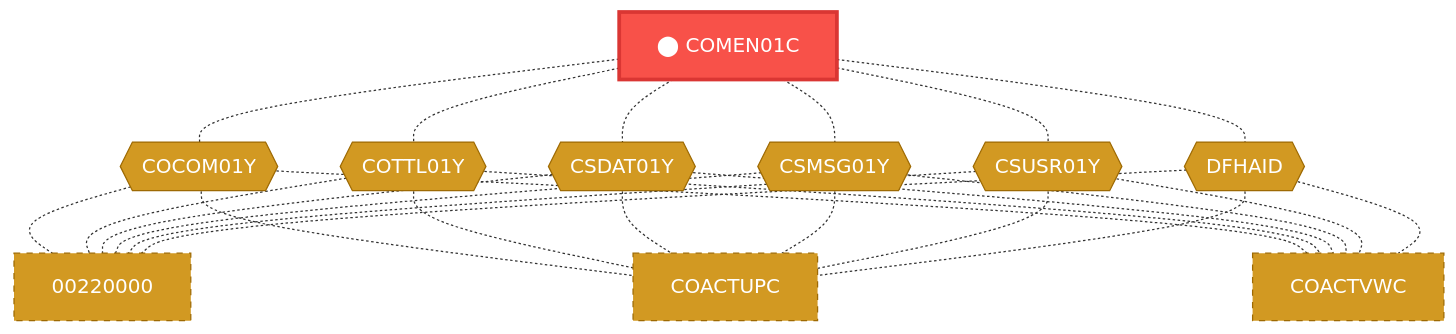
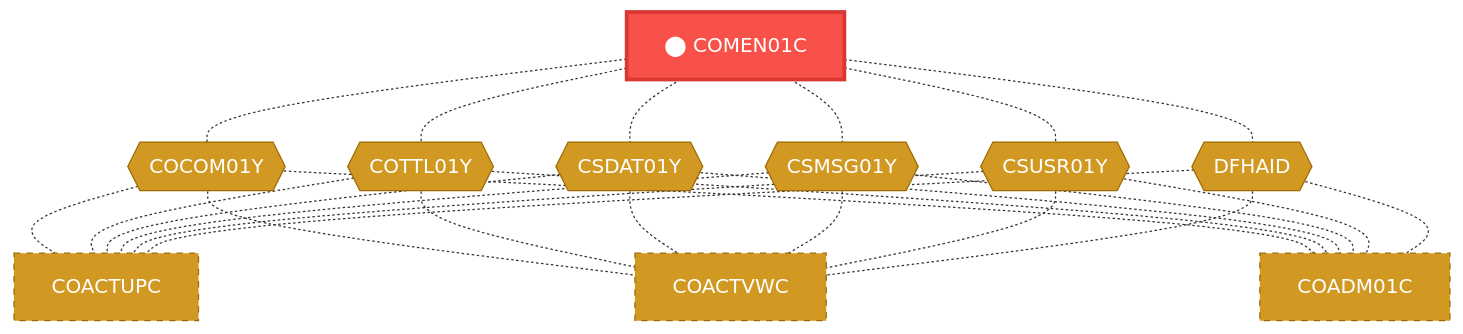
One commit to Arun973150/new_doc changed the first of 2 diagrams in Unisys_doc-main/doc_demo/docs/programs/COMEN01C.md. Above: the diagram before and after it, drawn with Mermaid. The commit also changed other lines of this file and 609 other files, not shown here.

````diff
--- a/Unisys_doc-main/doc_demo/docs/programs/COMEN01C.md
+++ b/Unisys_doc-main/doc_demo/docs/programs/COMEN01C.md
@@ -56,58 +56,58 @@
 ```mermaid
 flowchart TD
     COMEN01C["⬤ COMEN01C"]:::target
     CB_COCOM01Y{{"COCOM01Y"}}:::copybook
     COMEN01C -.- CB_COCOM01Y
-    00220000["00220000"]:::coupled
-    CB_COCOM01Y -.- 00220000
     COACTUPC["COACTUPC"]:::coupled
     CB_COCOM01Y -.- COACTUPC
     COACTVWC["COACTVWC"]:::coupled
     CB_COCOM01Y -.- COACTVWC
+    COADM01C["COADM01C"]:::coupled
+    CB_COCOM01Y -.- COADM01C
     CB_COTTL01Y{{"COTTL01Y"}}:::copybook
     COMEN01C -.- CB_COTTL01Y
-    00220000["00220000"]:::coupled
-    CB_COTTL01Y -.- 00220000
     COACTUPC["COACTUPC"]:::coupled
     CB_COTTL01Y -.- COACTUPC
     COACTVWC["COACTVWC"]:::coupled
     CB_COTTL01Y -.- COACTVWC
+    COADM01C["COADM01C"]:::coupled
+    CB_COTTL01Y -.- COADM01C
     CB_CSDAT01Y{{"CSDAT01Y"}}:::copybook
     COMEN01C -.- CB_CSDAT01Y
-    00220000["00220000"]:::coupled
-    CB_CSDAT01Y -.- 00220000
     COACTUPC["COACTUPC"]:::coupled
     CB_CSDAT01Y -.- COACTUPC
     COACTVWC["COACTVWC"]:::coupled
     CB_CSDAT01Y -.- COACTVWC
+    COADM01C["COADM01C"]:::coupled
+    CB_CSDAT01Y -.- COADM01C
     CB_CSMSG01Y{{"CSMSG01Y"}}:::copybook
     COMEN01C -.- CB_CSMSG01Y
-    00220000["00220000"]:::coupled
-    CB_CSMSG01Y -.- 00220000
     COACTUPC["COACTUPC"]:::coupled
     CB_CSMSG01Y -.- COACTUPC
     COACTVWC["COACTVWC"]:::coupled
     CB_CSMSG01Y -.- COACTVWC
+    COADM01C["COADM01C"]:::coupled
+    CB_CSMSG01Y -.- COADM01C
     CB_CSUSR01Y{{"CSUSR01Y"}}:::copybook
     COMEN01C -.- CB_CSUSR01Y
-    00220000["00220000"]:::coupled
-    CB_CSUSR01Y -.- 00220000
     COACTUPC["COACTUPC"]:::coupled
     CB_CSUSR01Y -.- COACTUPC
     COACTVWC["COACTVWC"]:::coupled
     CB_CSUSR01Y -.- COACTVWC
+    COADM01C["COADM01C"]:::coupled
+    CB_CSUSR01Y -.- COADM01C
     CB_DFHAID{{"DFHAID"}}:::copybook
     COMEN01C -.- CB_DFHAID
-    00220000["00220000"]:::coupled
-    CB_DFHAID -.- 00220000
     COACTUPC["COACTUPC"]:::coupled
     CB_DFHAID -.- COACTUPC
     COACTVWC["COACTVWC"]:::coupled
     CB_DFHAID -.- COACTVWC
+    COADM01C["COADM01C"]:::coupled
+    CB_DFHAID -.- COADM01C
     classDef target fill:#f85149,stroke:#da3633,color:#fff,stroke-width:3px
     classDef caller fill:#58a6ff,stroke:#1f6feb,color:#fff
     classDef callee fill:#3fb950,stroke:#238636,color:#fff
     classDef copybook fill:#d29922,stroke:#9e6a03,color:#fff
     classDef coupled fill:#d29922,stroke:#9e6a03,color:#fff,stroke-dasharray:5
     classDef transitive fill:#484f58,stroke:#8b949e,color:#c9d1d9,stroke-dasharray:5
 ```
````
